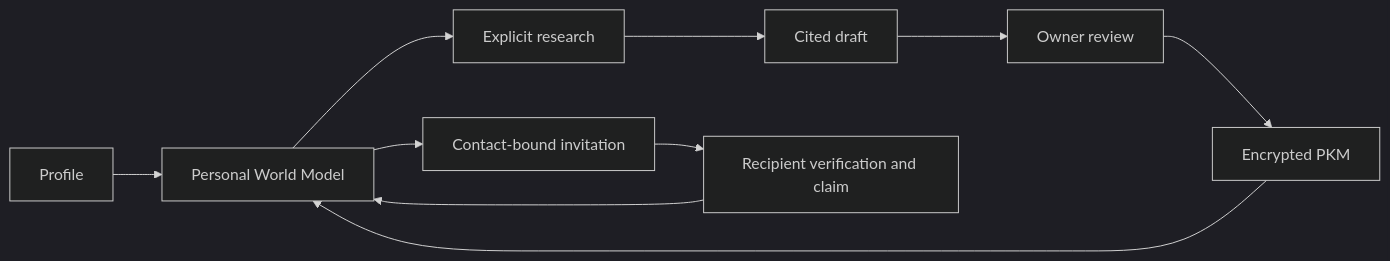
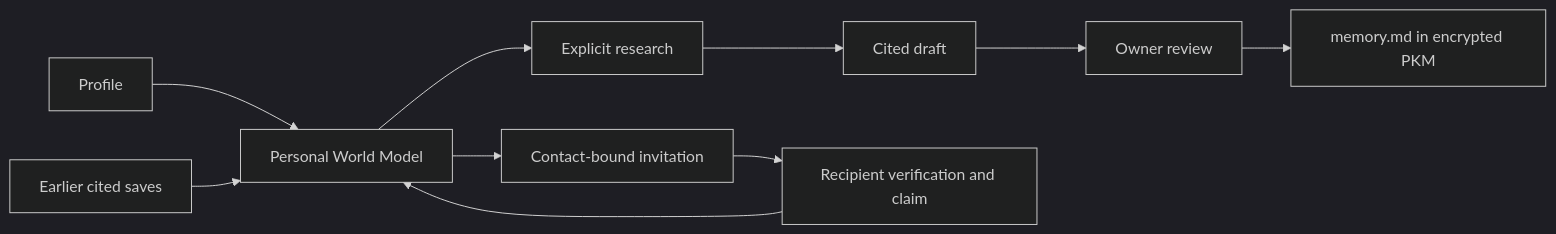
Before and after one commit to hushh-labs/hushh-research: the diagram in docs/reference/one/personal-world-model.md, drawn with Mermaid (dark theme). The commit also changed other lines of this file and 6 other files, not shown here.

First line of the commit message:
feat(one): save Personal World Model review to memory.md

````diff
--- a/docs/reference/one/personal-world-model.md
+++ b/docs/reference/one/personal-world-model.md
@@ -7,12 +7,12 @@
 ```mermaid
 flowchart LR
   Profile --> PWM[Personal World Model]
   PWM --> Build[Explicit research]
   Build --> Draft[Cited draft]
   Draft --> Review[Owner review]
-  Review --> PKM[Encrypted PKM]
-  PKM --> PWM
+  Review --> Memory[memory.md in encrypted PKM]
+  Earlier[Earlier cited saves] --> PWM
   PWM --> Invite[Contact-bound invitation]
   Invite --> Claim[Recipient verification and claim]
   Claim --> PWM
 ```
````
